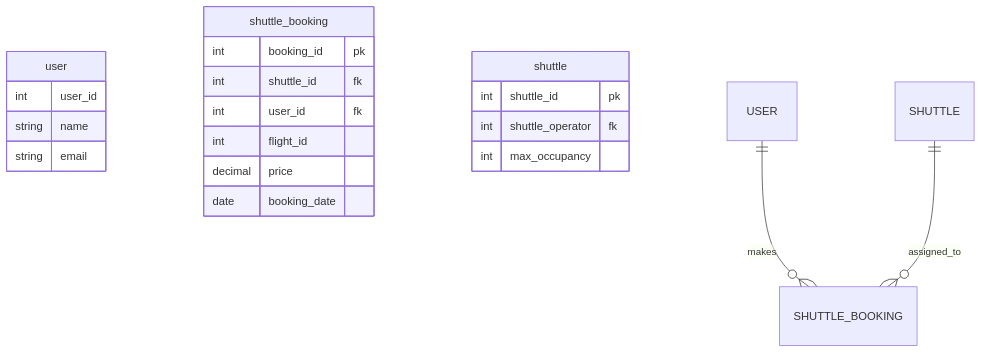
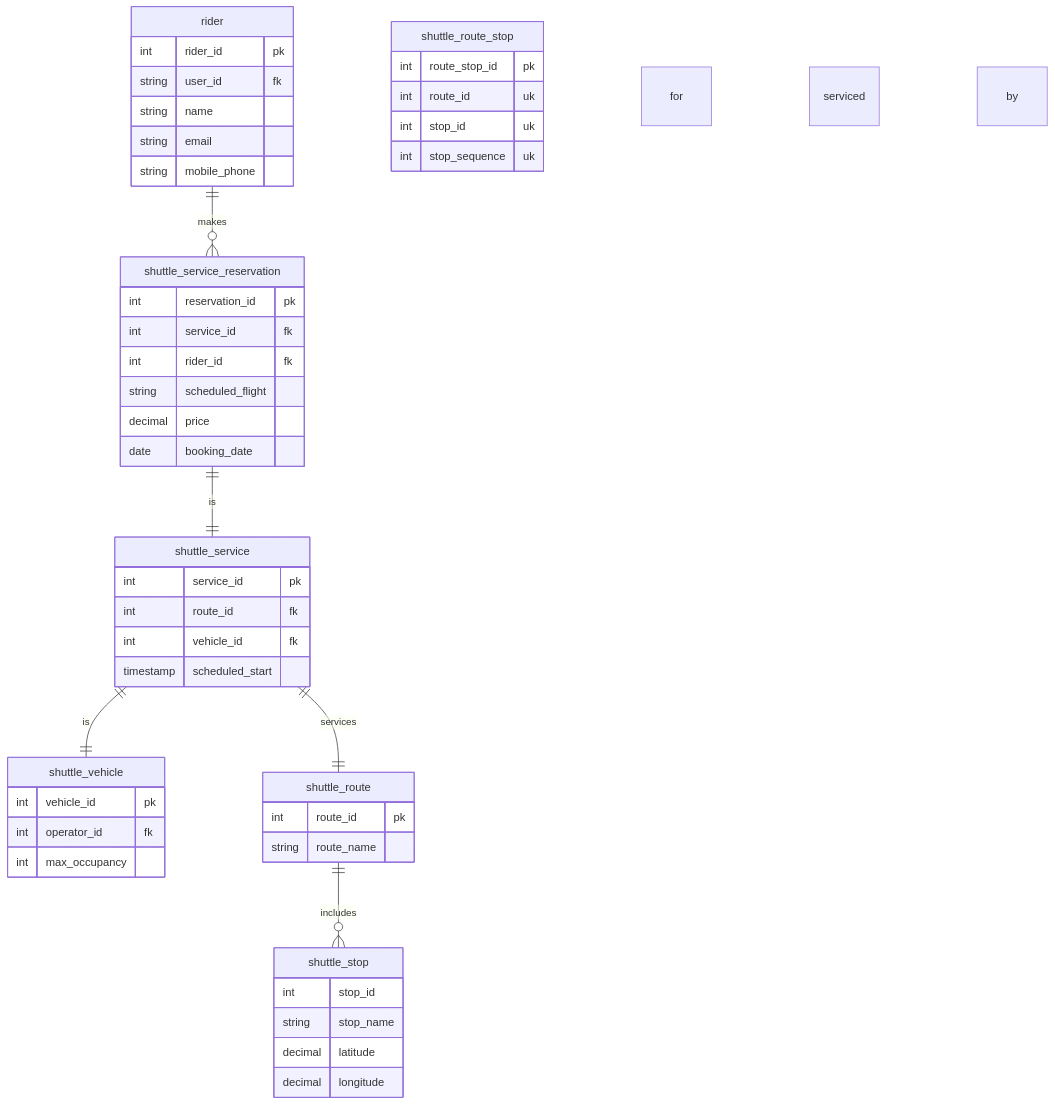
One commit to Snookblast/coding-challenge changed the diagram in README.md. Above: the diagram before and after it, drawn with Mermaid.

````diff
--- a/README.md
+++ b/README.md
@@ -3,27 +3,59 @@
 ```mermaid
 erDiagram
-    user {
-        int user_id
+    rider {
+        int rider_id pk
+        string user_id fk
         string name
         string email
+        string mobile_phone
     }
 
-    shuttle_booking {
-        int booking_id pk
-        int shuttle_id fk
-        int user_id fk
-        int flight_id
-        decimal price
-        date booking_date
+    shuttle_service_reservation {
+        int reservation_id pk
+        int service_id fk
+        int rider_id fk
+        string scheduled_flight
+        decimal price 
+        date booking_date 
     }
 
-    shuttle {
-      int shuttle_id pk
-      int shuttle_operator fk
+    shuttle_service {
+        int service_id pk
+        int route_id fk
+        int vehicle_id fk
+        timestamp  scheduled_start
+    }
+
+    shuttle_vehicle {
+      int vehicle_id pk
+      int operator_id fk
       int max_occupancy
     }
 
-    USER ||--o{ SHUTTLE_BOOKING : makes
-    SHUTTLE ||--o{ SHUTTLE_BOOKING : assigned_to
+    shuttle_route {
+        int route_id pk
+        string route_name 
+    }
+
+    shuttle_stop {
+        int stop_id
+        string stop_name
+        decimal latitude
+        decimal longitude
+    }
+    
+    shuttle_route_stop {
+        int route_stop_id pk
+        int route_id uk
+        int stop_id uk
+        int stop_sequence uk
+    }
+
+    rider ||--o{ shuttle_service_reservation : makes
+    shuttle_service_reservation ||--|| shuttle_service : is for
+    shuttle_service ||--|| shuttle_route : services
+    shuttle_service ||--|| shuttle_vehicle : is serviced by
+    shuttle_route ||--o{ shuttle_stop : includes
+    
 
 ```
````
